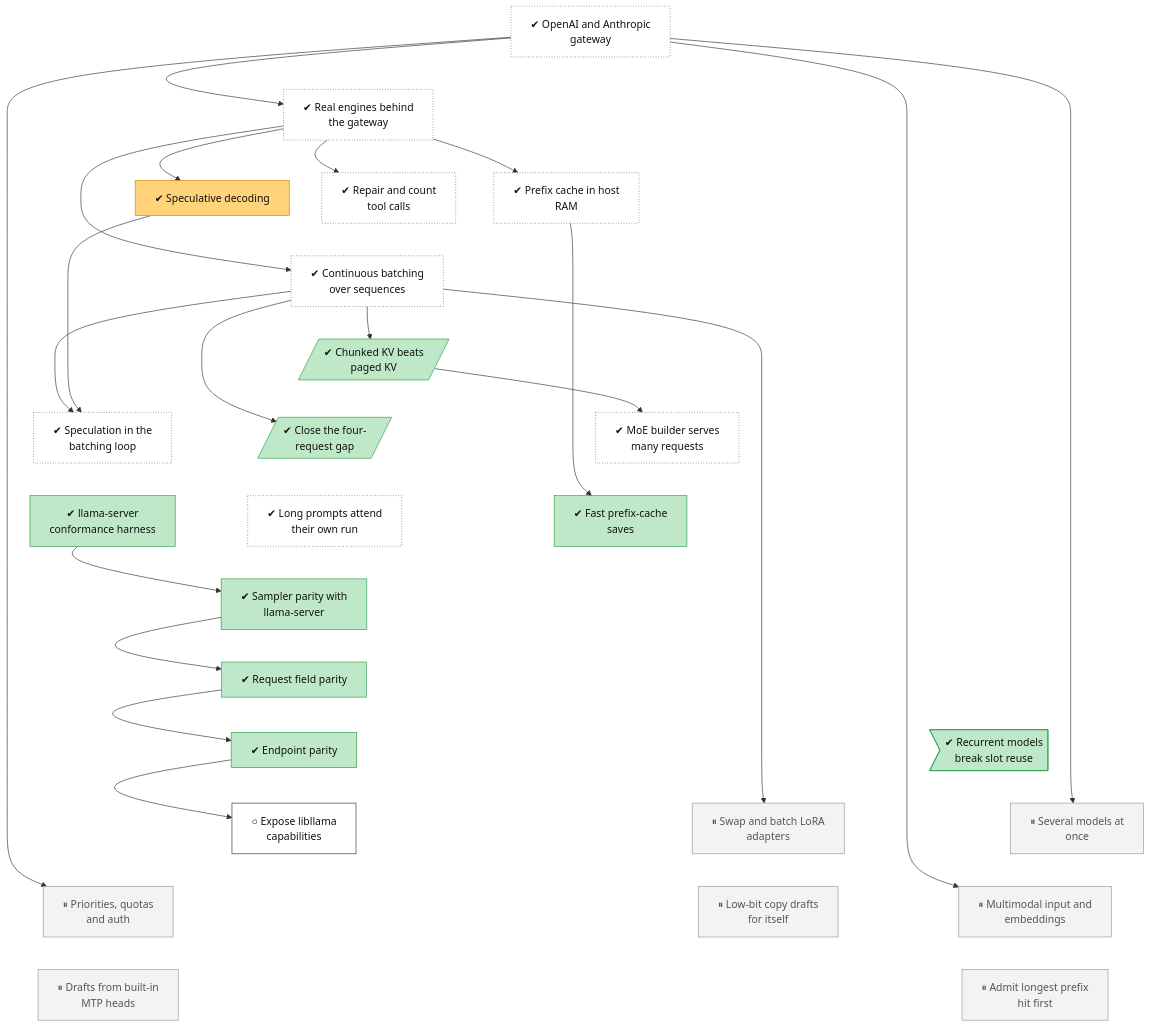
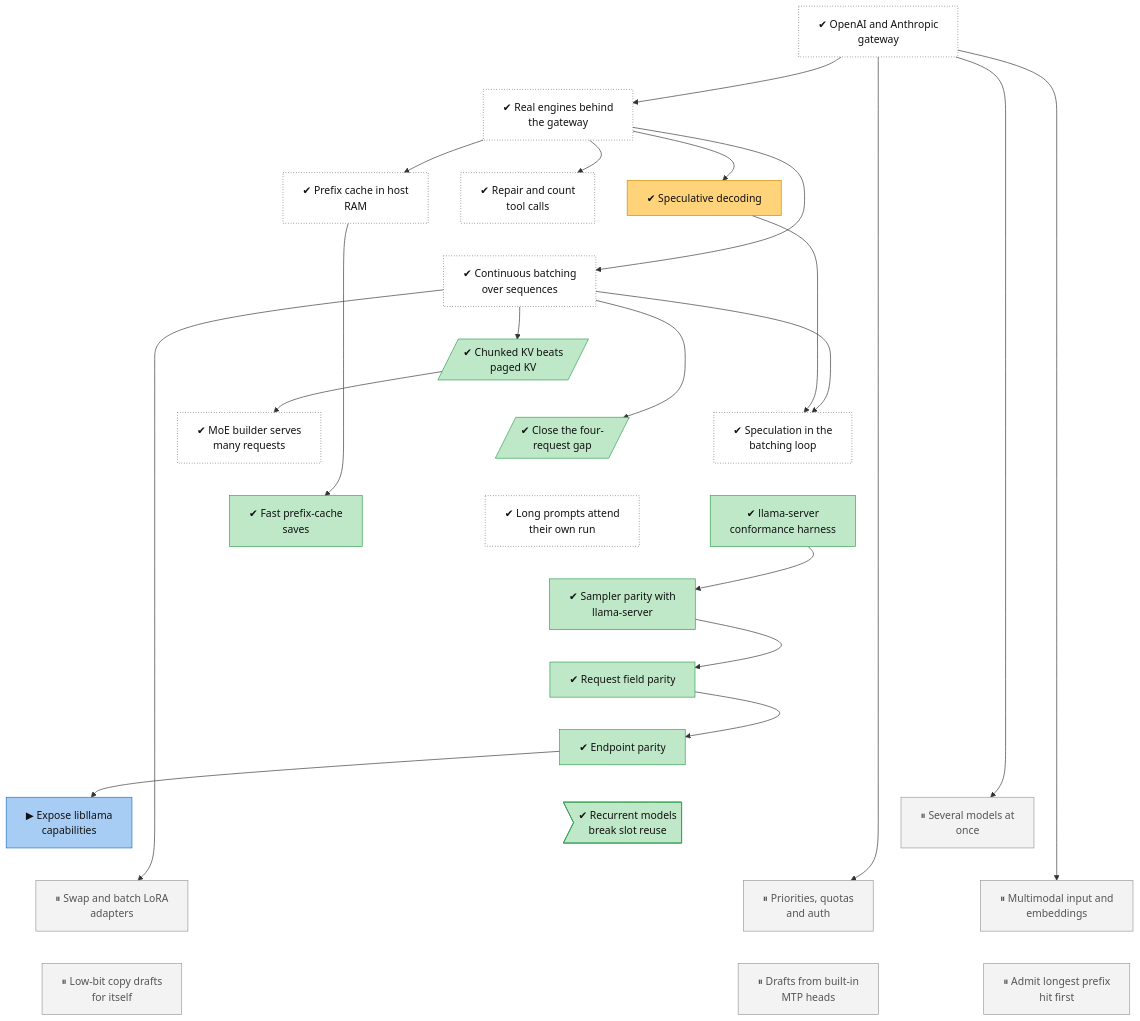
One commit to lhns/tetraeder changed the diagram in docs/roadmap/tracks/serving.md. Above: the diagram before and after it, drawn with Mermaid. The commit also changed other lines of this file and 6 other files, not shown here.

Commit message:
Roadmap: serving-parity-libllama and cluster-transport-wan in progress, review node for the 2026-11-23 batch; plan status line (not measured)

````diff
--- a/docs/roadmap/tracks/serving.md
+++ b/docs/roadmap/tracks/serving.md
@@ -25,8 +25,8 @@
     serving_parity_sampling["✔ Sampler parity with<br/>llama-server"]
     serving_parity_fields["✔ Request field parity"]
     serving_parity_endpoints["✔ Endpoint parity"]
+    serving_parity_libllama["▶ Expose libllama<br/>capabilities"]
     serving_recurrent_reuse>"✔ Recurrent models<br/>break slot reuse"]
-    serving_parity_libllama["○ Expose libllama<br/>capabilities"]
     serving_multi_model["⏸ Several models at<br/>once"]
     serving_multi_lora["⏸ Swap and batch LoRA<br/>adapters"]
     serving_auth_quotas["⏸ Priorities, quotas<br/>and auth"]
@@ -53,16 +53,15 @@
     serving_parity_harness ~~~ serving_parity_sampling
     serving_parity_sampling ~~~ serving_parity_fields
     serving_parity_fields ~~~ serving_parity_endpoints
-    serving_parity_fields ~~~ serving_recurrent_reuse
     serving_parity_endpoints ~~~ serving_parity_libllama
-    serving_recurrent_reuse ~~~ serving_multi_model
-    serving_recurrent_reuse ~~~ serving_multi_lora
-    serving_parity_libllama ~~~ serving_auth_quotas
+    serving_parity_endpoints ~~~ serving_recurrent_reuse
+    serving_parity_endpoints ~~~ serving_multi_model
+    serving_parity_libllama ~~~ serving_multi_lora
+    serving_recurrent_reuse ~~~ serving_auth_quotas
     serving_multi_model ~~~ serving_multimodal
     serving_multi_lora ~~~ serving_self_spec
     serving_auth_quotas ~~~ serving_mtp_drafts
     serving_multimodal ~~~ serving_prefix_first
-    serving_self_spec ~~~ serving_prefix_first
     serving_gateway --> serving_real_engines
     serving_real_engines --> serving_prefix_cache
     serving_real_engines --> serving_speculative
@@ -99,6 +98,6 @@
     class serving_gateway,serving_real_engines,serving_prefix_cache,serving_tool_calls,serving_batching,serving_moe_batch,serving_spec_batching,serving_own_run_attention unrated
     class serving_speculative mixed
     class serving_kv_layout,serving_c4_gap,serving_prefix_save,serving_parity_harness,serving_parity_sampling,serving_parity_fields,serving_parity_endpoints,serving_recurrent_reuse succ
-    class serving_parity_libllama next
+    class serving_parity_libllama inprog
     class serving_multi_model,serving_multi_lora,serving_auth_quotas,serving_multimodal,serving_self_spec,serving_mtp_drafts,serving_prefix_first parked
 ```
````
